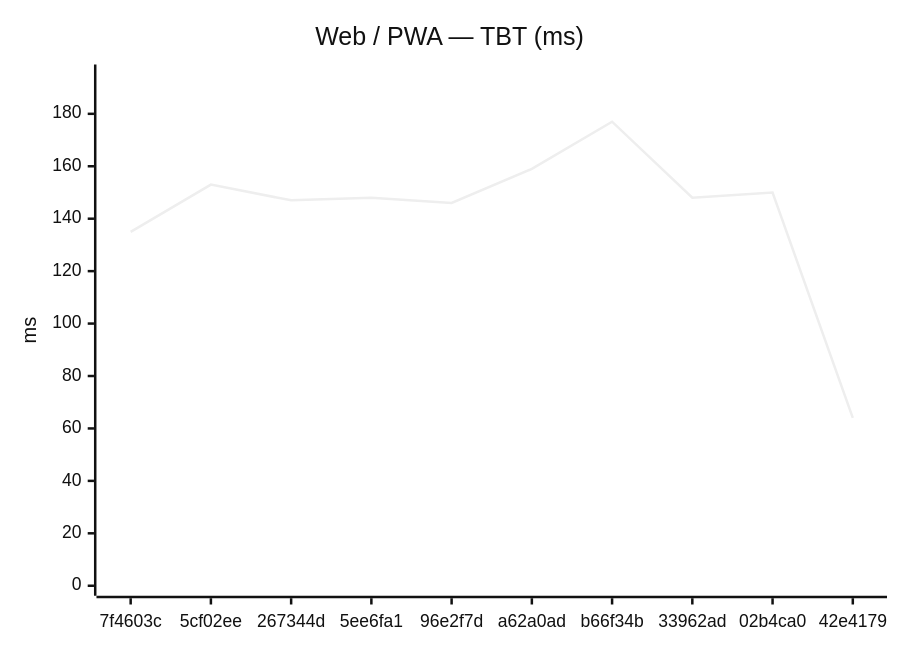
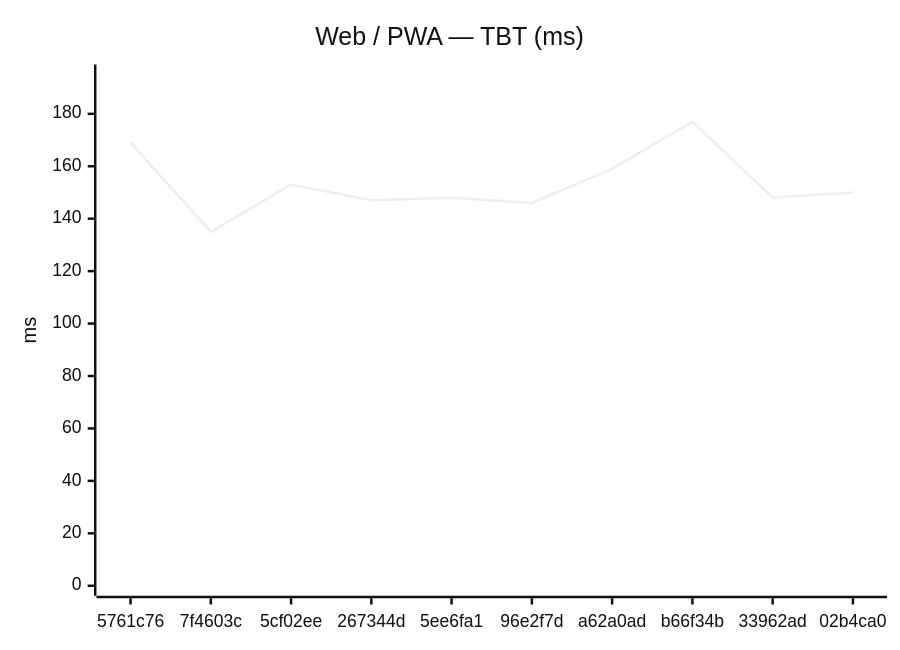
Before and after one commit to Metaheurist/Rianell: the second of 18 diagrams in benchmarks/compare.md, drawn with Mermaid (neutral theme). The commit also changed other lines of this file and 11 other files, not shown here.

````diff
--- a/benchmarks/compare.md
+++ b/benchmarks/compare.md
@@ -31,7 +31,7 @@
 ```mermaid
 xychart-beta
     title "Web / PWA — TBT (ms)"
-    x-axis ["7f4603c", "5cf02ee", "267344d", "5ee6fa1", "96e2f7d", "a62a0ad", "b66f34b", "33962ad", "02b4ca0", "42e4179"]
+    x-axis ["5761c76", "7f4603c", "5cf02ee", "267344d", "5ee6fa1", "96e2f7d", "a62a0ad", "b66f34b", "33962ad", "02b4ca0"]
     y-axis "ms" 0 --> 195
-    line [135, 153, 147, 148, 146, 159, 177, 148, 150, 64]
+    line [169, 135, 153, 147, 148, 146, 159, 177, 148, 150]
 ```
````
